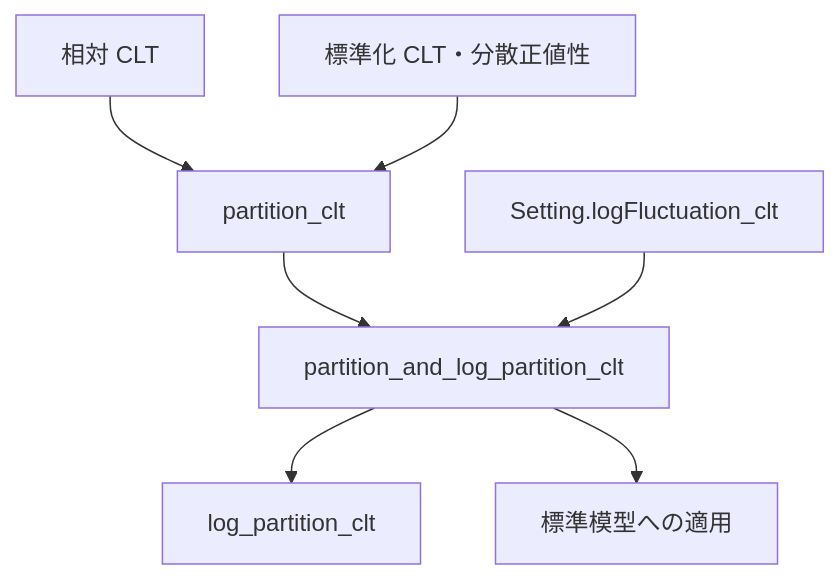
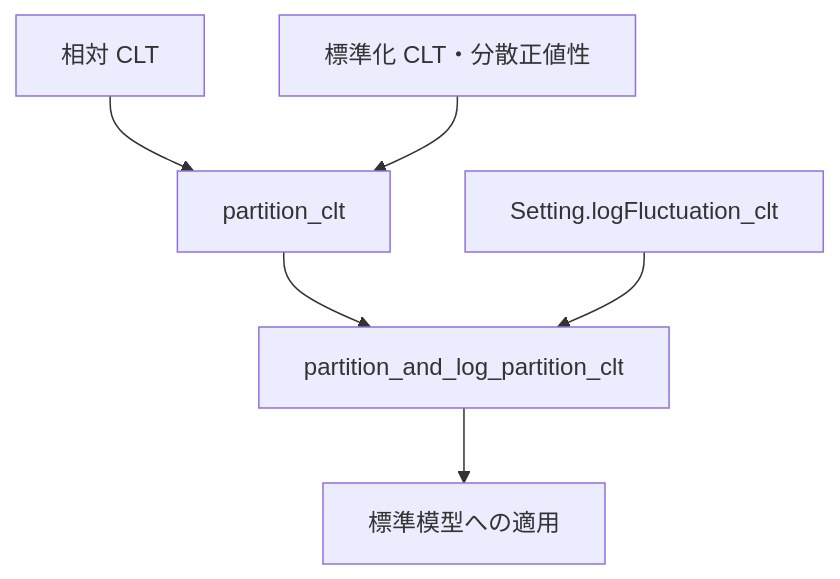
One commit to TokyoProbabilityGroup/SYK_CLT changed the second of 3 diagrams in SYK/CLT/ARCHITECTURE.md. Above: the diagram before and after it, drawn with Mermaid. The commit also changed other lines of this file and 7 other files, not shown here.

````diff
--- a/SYK/CLT/ARCHITECTURE.md
+++ b/SYK/CLT/ARCHITECTURE.md
@@ -132,9 +130,8 @@
 ```mermaid
 flowchart TD
     relative["相対 CLT"] --> partition["partition_clt"]
     standardized["標準化 CLT・分散正値性"] --> partition
     partition --> joint["partition_and_log_partition_clt"]
     lowerlog["Setting.logFluctuation_clt"] --> joint
-    joint --> log["log_partition_clt"]
     joint --> standard["標準模型への適用"]
 ```
````
